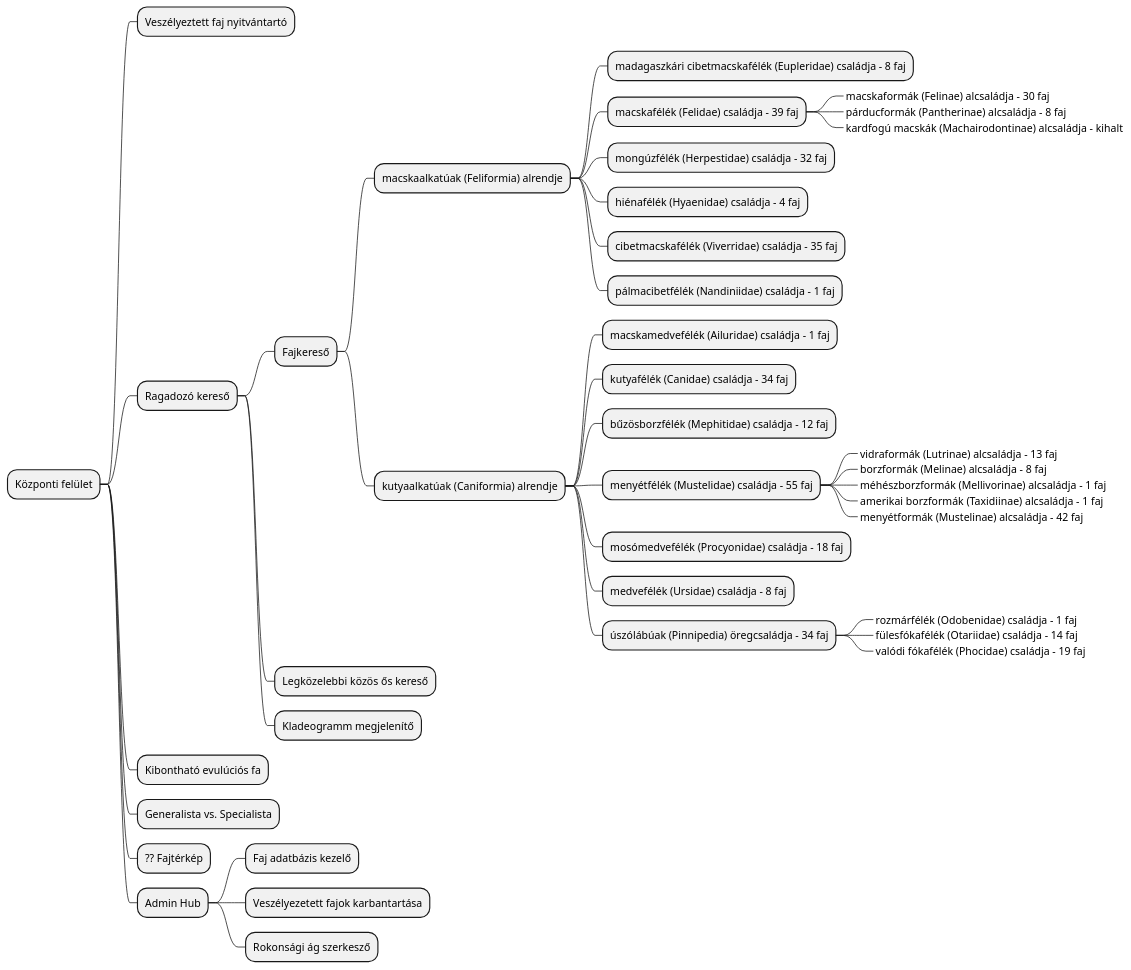
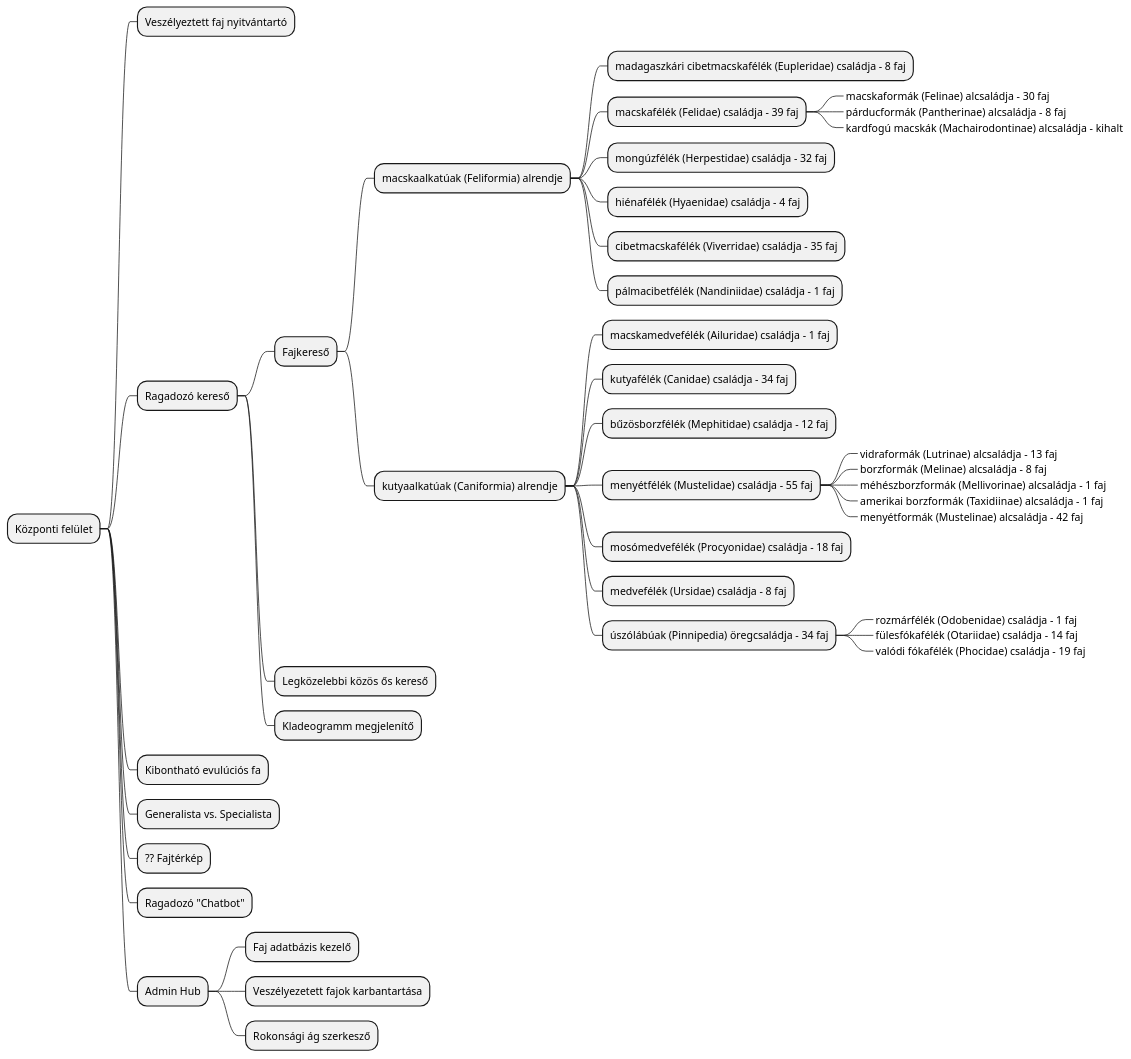
Before and after one commit to mzsolti84/Carnivora: the diagram in src/main/java/hu/progmatic/Main.puml, drawn with PlantUML.

```diff
--- a/src/main/java/hu/progmatic/Main.puml
+++ b/src/main/java/hu/progmatic/Main.puml
@@ -1,41 +1,42 @@
 @startmindmap
 + Központi felület
 ++ Veszélyeztett faj nyitvántartó
 ++ Ragadozó kereső
 +++ Fajkereső
 ++++ macskaalkatúak (Feliformia) alrendje
 +++++ madagaszkári cibetmacskafélék (Eupleridae) családja – 8 faj
 +++++ macskafélék (Felidae) családja – 39 faj
 ++++++_ macskaformák (Felinae) alcsaládja – 30 faj
 ++++++_ párducformák (Pantherinae) alcsaládja – 8 faj
 ++++++_ kardfogú macskák (Machairodontinae) alcsaládja – kihalt
 +++++ mongúzfélék (Herpestidae) családja – 32 faj
 +++++ hiénafélék (Hyaenidae) családja – 4 faj
 +++++ cibetmacskafélék (Viverridae) családja – 35 faj
 +++++ pálmacibetfélék (Nandiniidae) családja – 1 faj
 ++++ kutyaalkatúak (Caniformia) alrendje
 +++++ macskamedvefélék (Ailuridae) családja – 1 faj
 +++++ kutyafélék (Canidae) családja – 34 faj
 +++++ bűzösborzfélék (Mephitidae) családja – 12 faj
 +++++ menyétfélék (Mustelidae) családja – 55 faj
 ++++++_ vidraformák (Lutrinae) alcsaládja – 13 faj
 ++++++_ borzformák (Melinae) alcsaládja – 8 faj
 ++++++_ méhészborzformák (Mellivorinae) alcsaládja – 1 faj
 ++++++_ amerikai borzformák (Taxidiinae) alcsaládja – 1 faj
 ++++++_ menyétformák (Mustelinae) alcsaládja – 42 faj
 +++++ mosómedvefélék (Procyonidae) családja – 18 faj
 +++++ medvefélék (Ursidae) családja – 8 faj
 +++++ úszólábúak (Pinnipedia) öregcsaládja – 34 faj
 ++++++_ rozmárfélék (Odobenidae) családja – 1 faj
 ++++++_ fülesfókafélék (Otariidae) családja – 14 faj
 ++++++_ valódi fókafélék (Phocidae) családja – 19 faj
 +++ Legközelebbi közös ős kereső
 +++ Kladeogramm megjelenítő
 ++ Kibontható evulúciós fa
 ++ Generalista vs. Specialista
 ++ ?? Fajtérkép
+++ Ragadozó "Chatbot"
 ++ Admin Hub
 +++ Faj adatbázis kezelő
 +++ Veszélyezetett fajok karbantartása
 +++ Rokonsági ág szerkesző
 @endmindmap
```
